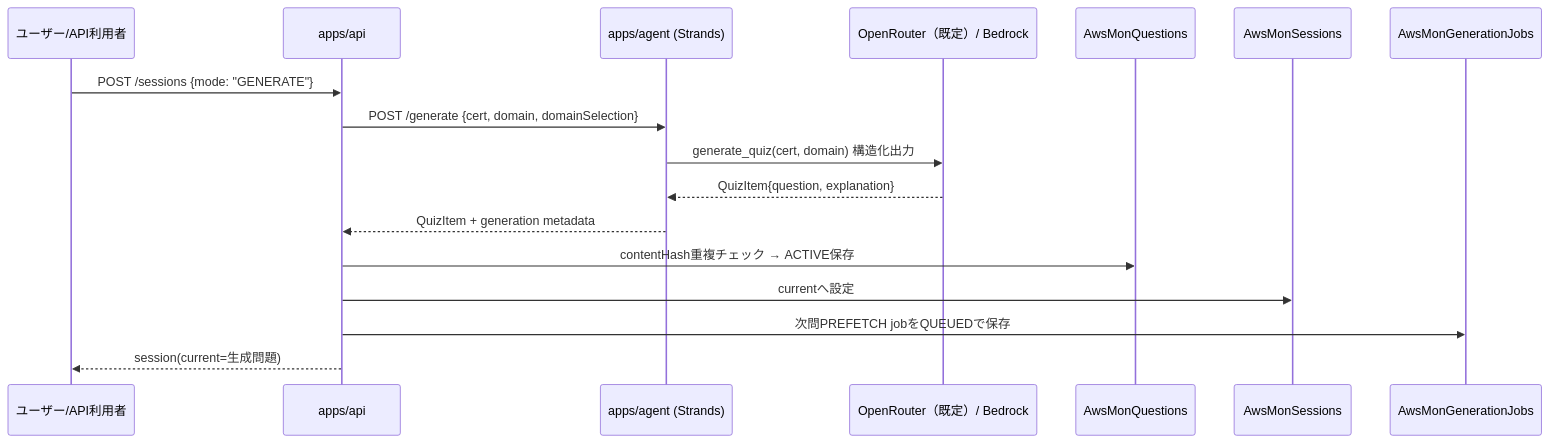
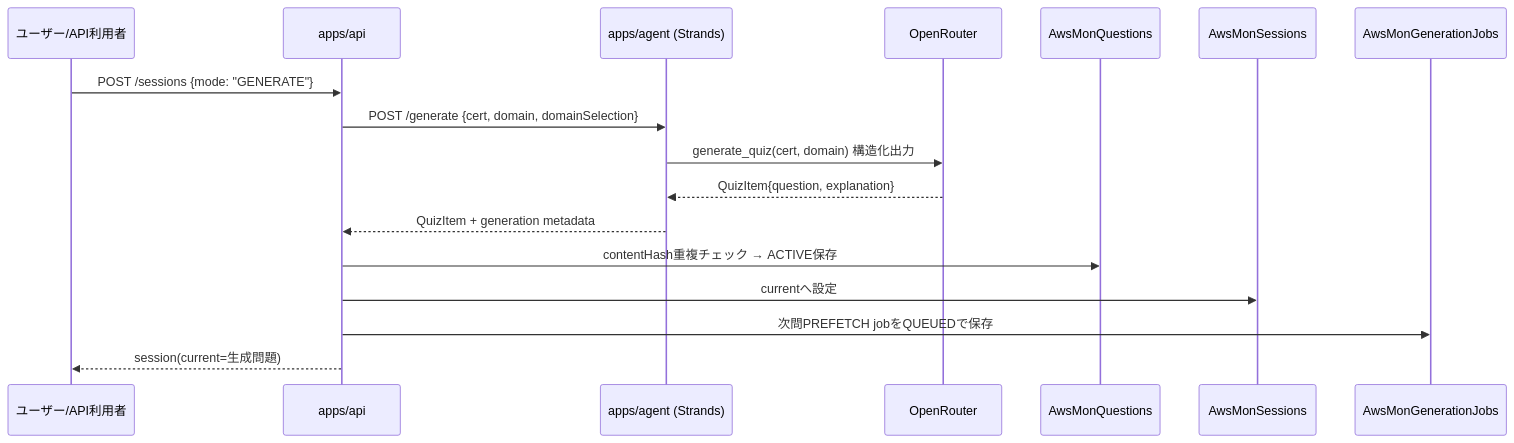
One commit to yuyumama/AWS-MON changed the third of 4 diagrams in docs/architecture.md. Above: the diagram before and after it, drawn with Mermaid. The commit also changed other lines of this file and 13 other files, not shown here.

First line of the commit message:
feat: 生成モデルの推論を OpenRouter に一本化し Bedrock 推論経路を撤去する (#63)

````diff
--- a/docs/architecture.md
+++ b/docs/architecture.md
@@ -124,20 +124,20 @@
 ```mermaid
 sequenceDiagram
     participant U as ユーザー/API利用者
     participant API as apps/api
     participant Agent as apps/agent (Strands)
-    participant LLM as OpenRouter（既定）/ Bedrock
+    participant LLM as OpenRouter
     participant Q as AwsMonQuestions
     participant S as AwsMonSessions
     participant J as AwsMonGenerationJobs
 
     U->>API: POST /sessions {mode: "GENERATE"}
     API->>Agent: POST /generate {cert, domain, domainSelection}
     Agent->>LLM: generate_quiz(cert, domain) 構造化出力
     LLM-->>Agent: QuizItem{question, explanation}
     Agent-->>API: QuizItem + generation metadata
     API->>Q: contentHash重複チェック → ACTIVE保存
     API->>S: currentへ設定
     API->>J: 次問PREFETCH jobをQUEUEDで保存
     API-->>U: session(current=生成問題)
 ```
````
